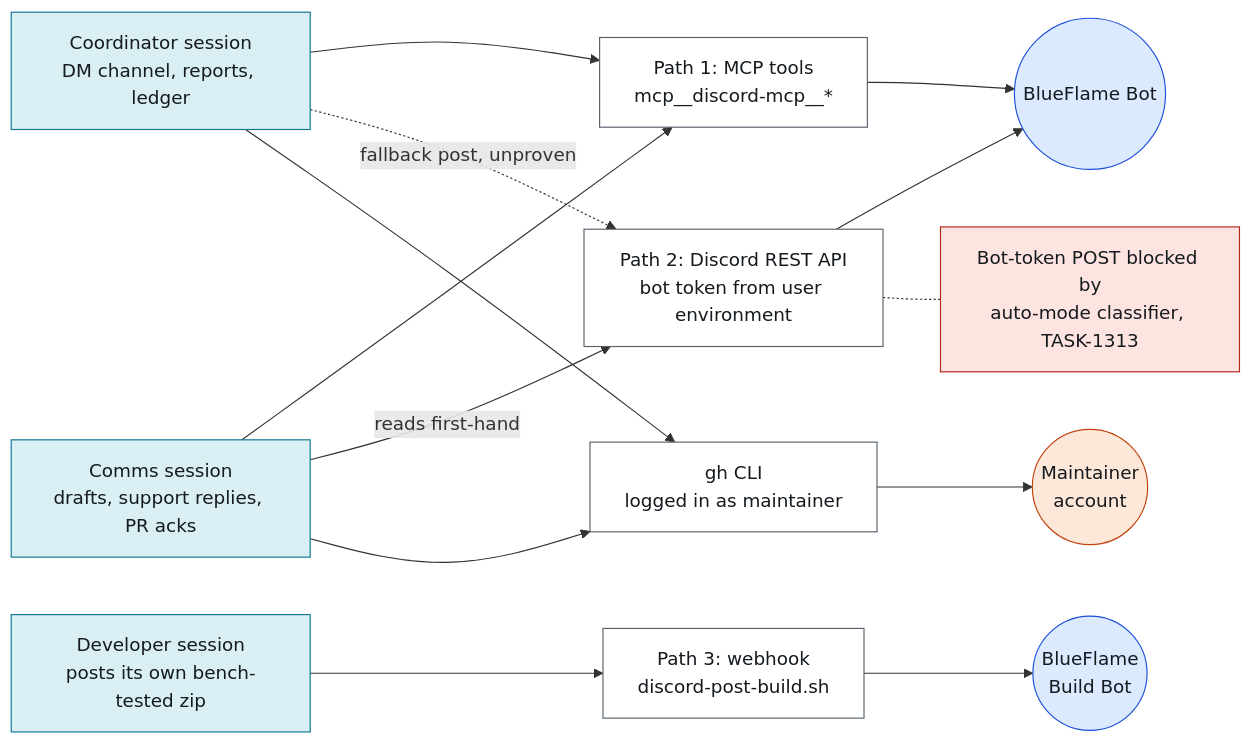
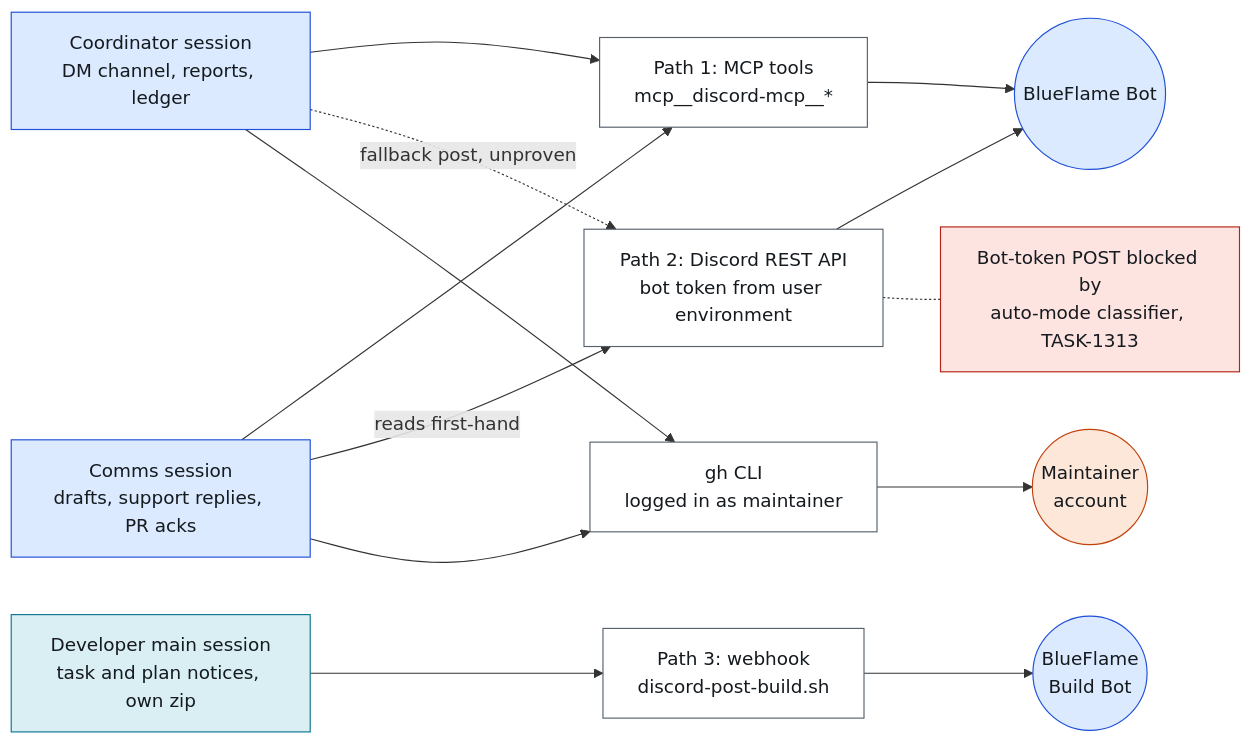
One commit to rvdbreemen/OTGW-firmware changed diagram 13 of 50 in docs/process/agentic-setup.md. Above: the diagram before and after it, drawn with Mermaid. The commit also changed other lines of this file and 1 other file, not shown here.

First line of the commit message:
docs(process): TASK-1984 checkpoint: editor and web review still in progress

````diff
--- a/docs/process/agentic-setup.md
+++ b/docs/process/agentic-setup.md
@@ -921,31 +992,31 @@
 ```mermaid
 flowchart LR
   classDef human fill:#fde7d9,stroke:#c2410c,color:#151a1f
   classDef agent fill:#d9eff4,stroke:#0e7490,color:#151a1f
   classDef bot fill:#dbeafe,stroke:#1d4ed8,color:#151a1f
   classDef store fill:#ffffff,stroke:#56616c,color:#151a1f
   classDef stop fill:#fde4e1,stroke:#b42318,color:#151a1f
-  CO["Coordinator session<br/>DM channel, reports, ledger"]:::agent
-  CM["Comms session<br/>drafts, support replies, PR acks"]:::agent
-  DV["Developer session<br/>posts its own bench-tested zip"]:::agent
+  CO["Coordinator session<br/>DM channel, reports, ledger"]:::bot
+  CM["Comms session<br/>drafts, support replies, PR acks"]:::bot
+  DV["Developer main session<br/>task and plan notices, own zip"]:::agent
   P1["Path 1: MCP tools<br/>mcp__discord-mcp__*"]:::store
   P2["Path 2: Discord REST API<br/>bot token from user environment"]:::store
   P3["Path 3: webhook<br/>discord-post-build.sh"]:::store
   P4["gh CLI<br/>logged in as maintainer"]:::store
   BF(("BlueFlame Bot")):::bot
   BB(("BlueFlame<br/>Build Bot")):::bot
   MA(("Maintainer<br/>account")):::human
   X["Bot-token POST blocked by<br/>auto-mode classifier, TASK-1313"]:::stop
   CO --> P1
   CM --> P1
   CM -->|"reads first-hand"| P2
   CO -.->|"fallback post, unproven"| P2
   DV --> P3
   CO --> P4
   CM --> P4
   P1 --> BF
   P2 --> BF
   P3 --> BB
   P4 --> MA
   P2 -.- X
 ```
````
